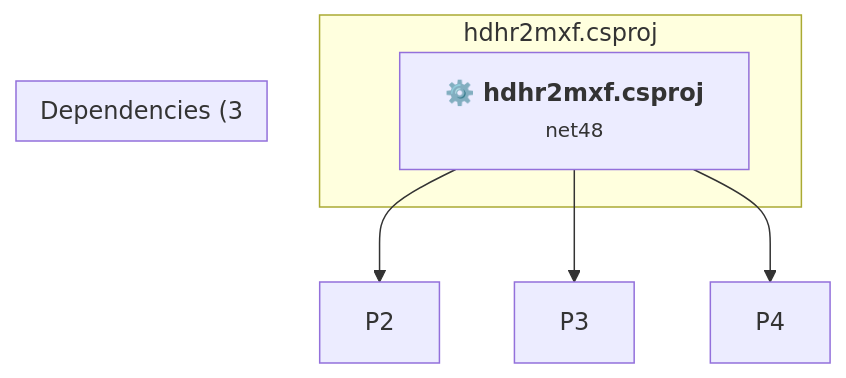
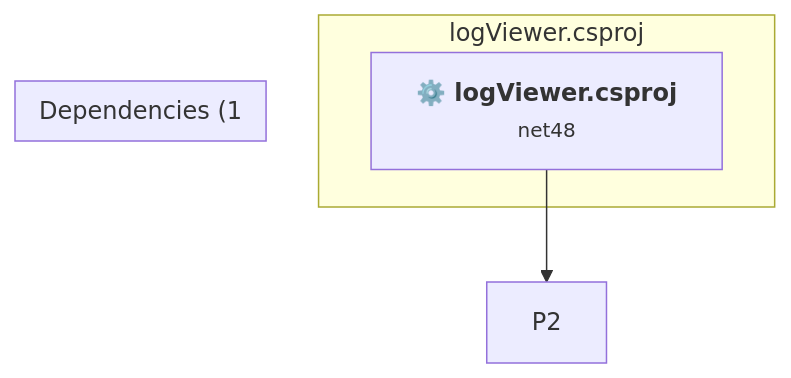
Before and after one commit to Kev506/epg123: the second of 2 diagrams in .github/upgrades/scenarios/dotnet-version-upgrade/assessment.md, drawn with Mermaid. The commit also changed other lines of this file and 10 other files, not shown here.

Commit message:
upgrade(01-upgrade-logviewer-to-net10): migrate logViewer to net10

````diff
--- a/.github/upgrades/scenarios/dotnet-version-upgrade/assessment.md
+++ b/.github/upgrades/scenarios/dotnet-version-upgrade/assessment.md
@@ -134,13 +173,11 @@
 ```mermaid
 flowchart TB
-    subgraph current["hdhr2mxf.csproj"]
-        MAIN["<b>⚙️&nbsp;hdhr2mxf.csproj</b><br/><small>net48</small>"]
-        click MAIN "#hdhr2mxfcsproj"
+    subgraph current["logViewer.csproj"]
+        MAIN["<b>⚙️&nbsp;logViewer.csproj</b><br/><small>net48</small>"]
+        click MAIN "#logviewercsproj"
     end
-    subgraph downstream["Dependencies (3"]
+    subgraph downstream["Dependencies (1"]
     end
     MAIN --> P2
-    MAIN --> P3
-    MAIN --> P4
 
 ```
````
